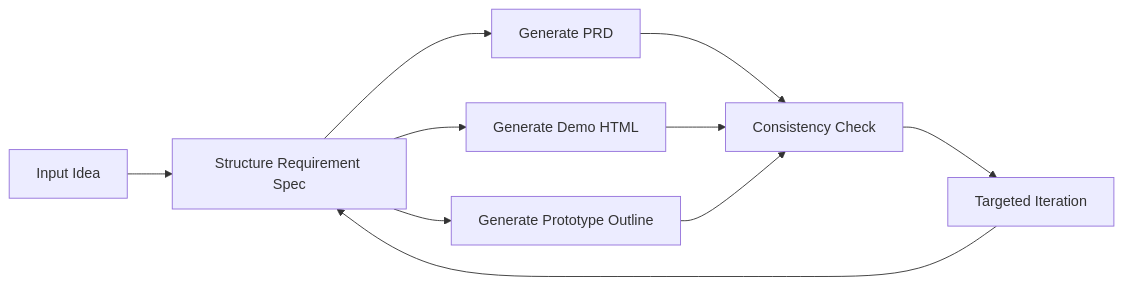
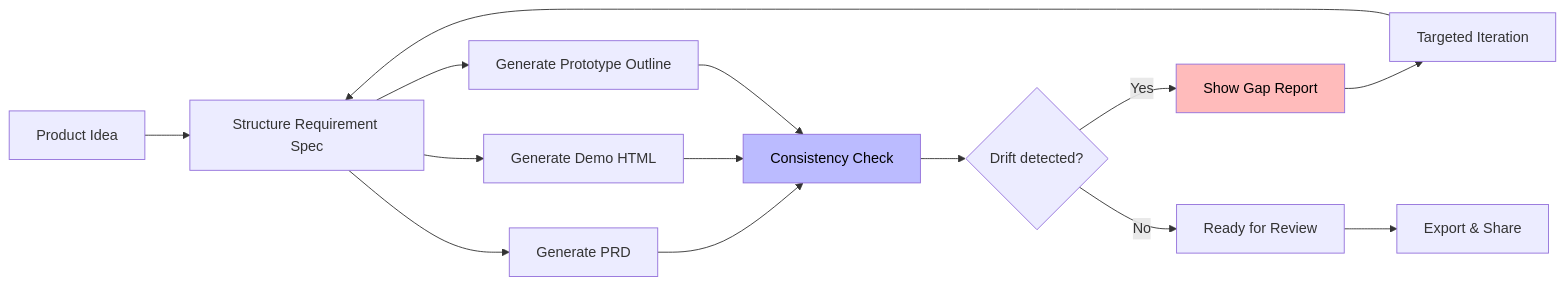
Before and after one commit to 156181679-dev/prd-pilot: the diagram in README.md, drawn with Mermaid. The commit also changed other lines of this file and 2 other files, not shown here.

First line of the commit message:
docs: rewrite README, add CONTRIBUTING.md and ROADMAP.md

````diff
--- a/README.md
+++ b/README.md
@@ -142,12 +166,18 @@
 ```mermaid
 flowchart LR
-    A[Input Idea] --> B[Structure Requirement Spec]
+    A[Product Idea] --> B[Structure Requirement Spec]
     B --> C[Generate PRD]
     B --> D[Generate Demo HTML]
     B --> E[Generate Prototype Outline]
     C --> F[Consistency Check]
     D --> F
     E --> F
-    F --> G[Targeted Iteration]
-    G --> B
+    F --> G{Drift detected?}
+    G -->|Yes| H[Show Gap Report]
+    G -->|No| I[Ready for Review]
+    H --> J[Targeted Iteration]
+    J --> B
+    I --> K[Export & Share]
+    style F fill:#bbf,color:#000
+    style H fill:#fbb,color:#000
 ```
````
